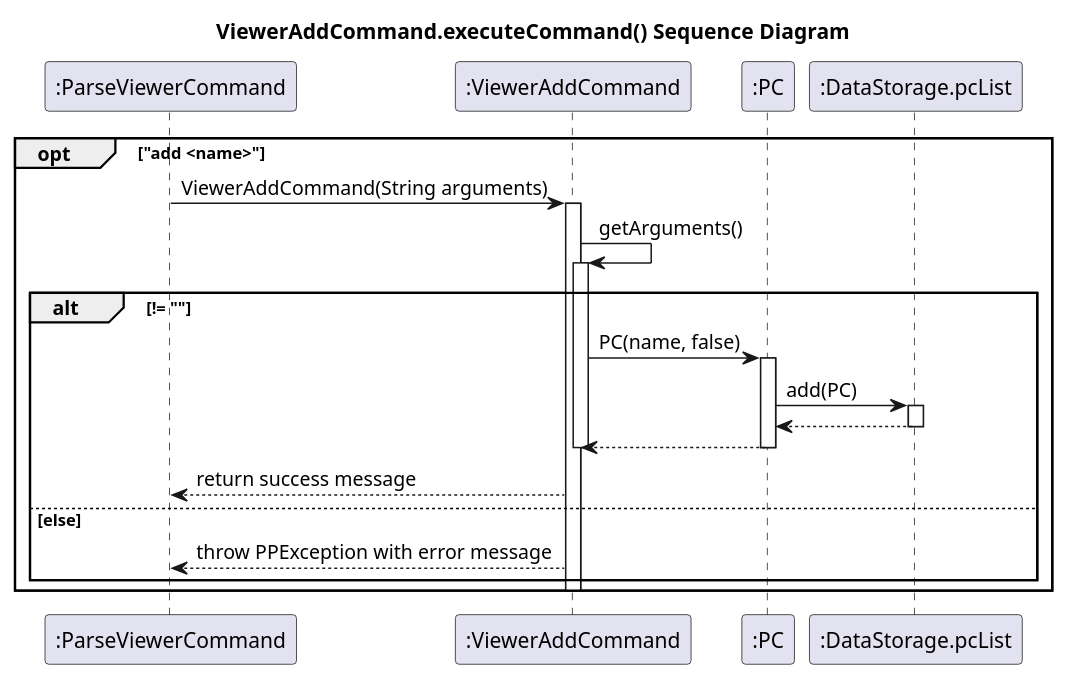
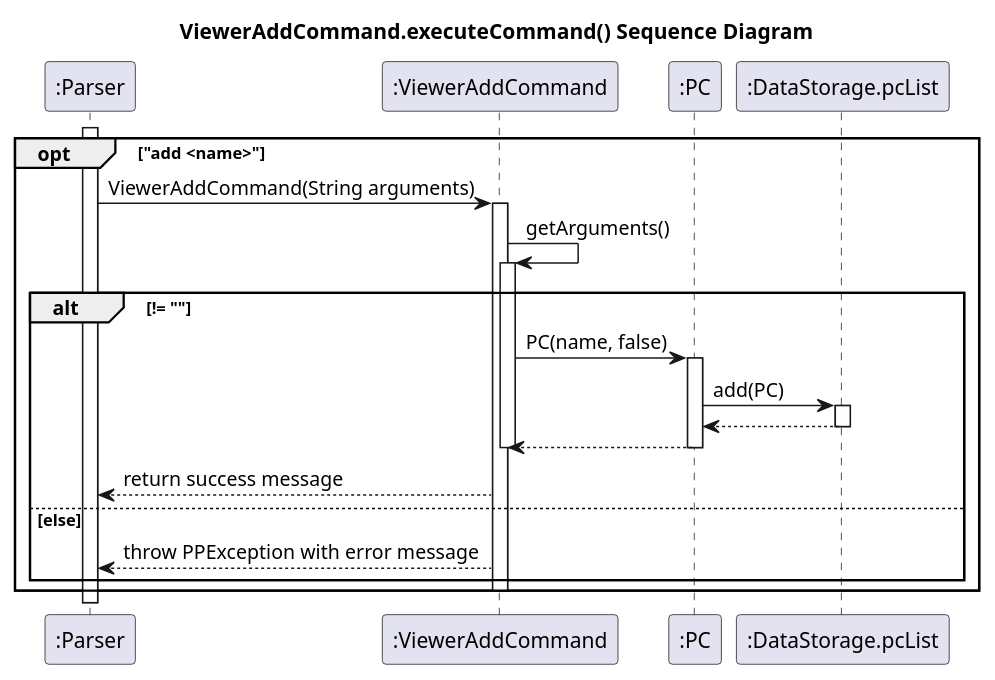
The diagram in docs/uml-source/ViewerAddCommand.puml (typingpanda/tp), drawn with PlantUML before and after one commit. The commit also changed 3 other files, not shown here.

Commit message:
Update ViewerAddCommand in the developer guide. Change ParseViewerCommand to Parser Added activation bar for Parser Update argument description to be of type String

```diff
--- a/docs/uml-source/ViewerAddCommand.puml
+++ b/docs/uml-source/ViewerAddCommand.puml
@@ -1,31 +1,32 @@
 @startuml
 title ViewerAddCommand.executeCommand() Sequence Diagram
 
-participant ":ParseViewerCommand" as ParseViewerCommand
+participant ":Parser" as Parser
 participant ":ViewerAddCommand" as ViewerAddCommand
 participant ":PC" as PC
 participant ":DataStorage.pcList" as DataStorage.pcList
 
+activate Parser
 opt "add <name>"
-ParseViewerCommand -> ViewerAddCommand: ViewerAddCommand(String arguments)
+Parser -> ViewerAddCommand: ViewerAddCommand(String arguments)
 activate ViewerAddCommand
 ViewerAddCommand -> ViewerAddCommand: getArguments()
 activate ViewerAddCommand
 alt != ""
     ViewerAddCommand -> PC: PC(name, false)
     activate PC
     PC -> DataStorage.pcList: add(PC)
     activate DataStorage.pcList
     DataStorage.pcList --> PC
     deactivate DataStorage.pcList
     PC --> ViewerAddCommand
     deactivate PC
     deactivate ViewerAddCommand
-    ViewerAddCommand --> ParseViewerCommand: return success message
+    ViewerAddCommand --> Parser: return success message
 else else
-    ViewerAddCommand --> ParseViewerCommand: throw PPException with error message
+    ViewerAddCommand --> Parser: throw PPException with error message
 end
 
 deactivate ViewerAddCommand
 end
 @enduml
```
